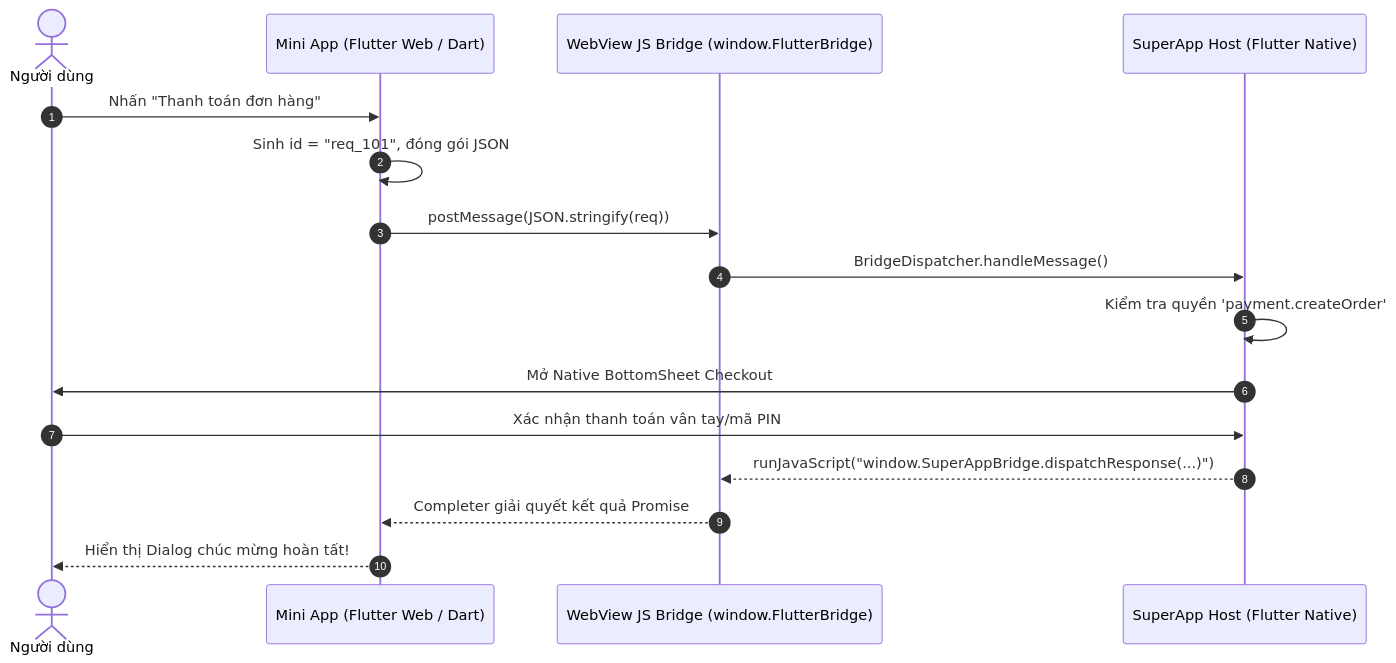
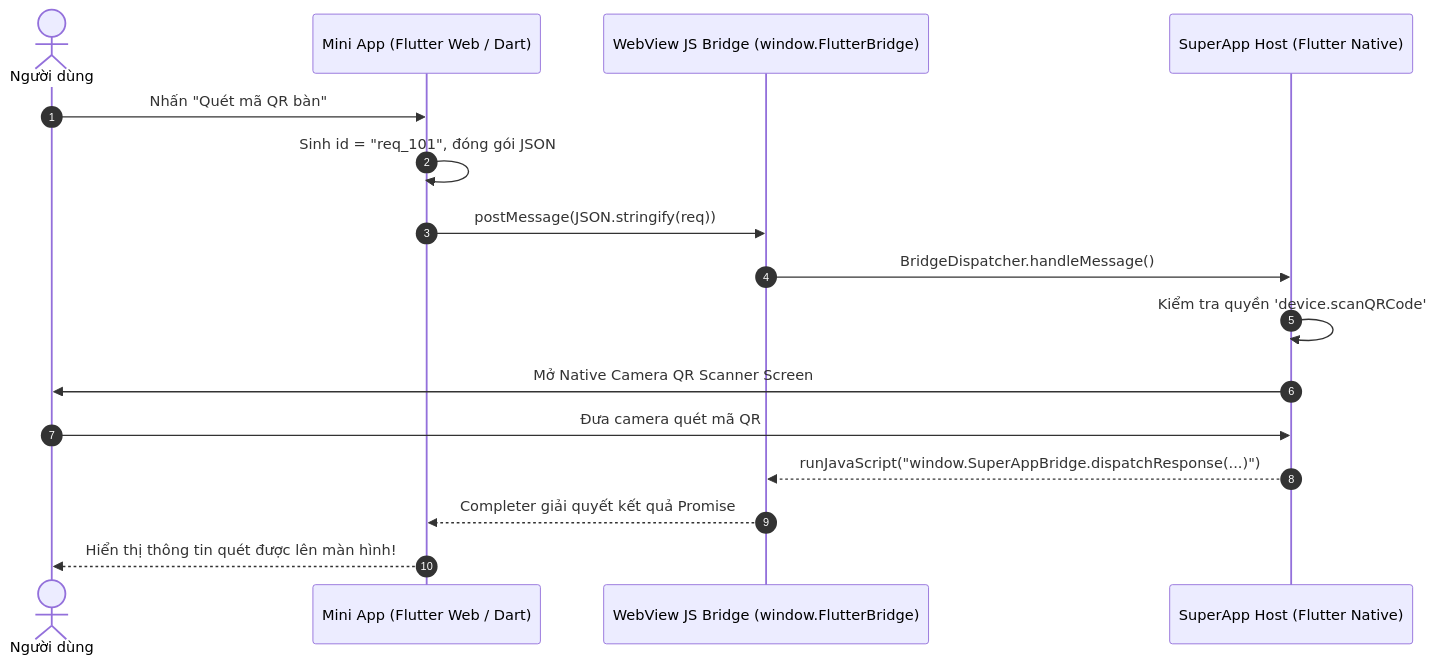
The second of 2 diagrams in docs/sdk.md (vqh2602/superapp_platform), drawn with Mermaid before and after one commit. The commit also changed other lines of this file and 49 other files, not shown here.

Commit message:
refactor: remove order and payment features across flutter host, backend, and sdk

````diff
--- a/docs/sdk.md
+++ b/docs/sdk.md
@@ -135,19 +135,19 @@
 ```mermaid
 sequenceDiagram
     autonumber
     actor User as Người dùng
     participant FWeb as Mini App (Flutter Web / Dart)
     participant JSBridge as WebView JS Bridge (window.FlutterBridge)
     participant Host as SuperApp Host (Flutter Native)
 
-    User->>FWeb: Nhấn "Thanh toán đơn hàng"
+    User->>FWeb: Nhấn "Quét mã QR bàn"
     FWeb->>FWeb: Sinh id = "req_101", đóng gói JSON
     FWeb->>JSBridge: postMessage(JSON.stringify(req))
     JSBridge->>Host: BridgeDispatcher.handleMessage()
-    Host->>Host: Kiểm tra quyền 'payment.createOrder'
-    Host->>User: Mở Native BottomSheet Checkout
-    User->>Host: Xác nhận thanh toán vân tay/mã PIN
+    Host->>Host: Kiểm tra quyền 'device.scanQRCode'
+    Host->>User: Mở Native Camera QR Scanner Screen
+    User->>Host: Đưa camera quét mã QR
     Host-->>JSBridge: runJavaScript("window.SuperAppBridge.dispatchResponse(...)")
     JSBridge-->>FWeb: Completer giải quyết kết quả Promise
-    FWeb-->>User: Hiển thị Dialog chúc mừng hoàn tất!
+    FWeb-->>User: Hiển thị thông tin quét được lên màn hình!
 ```
````
